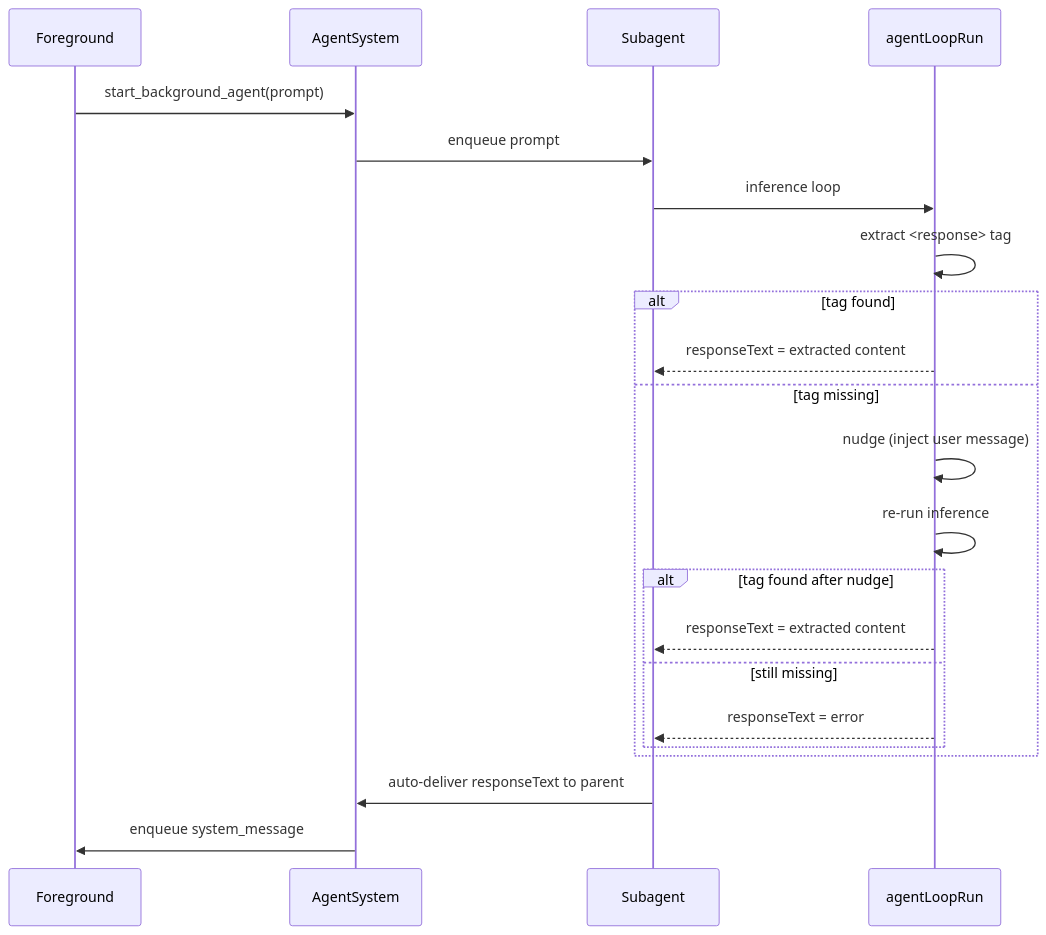
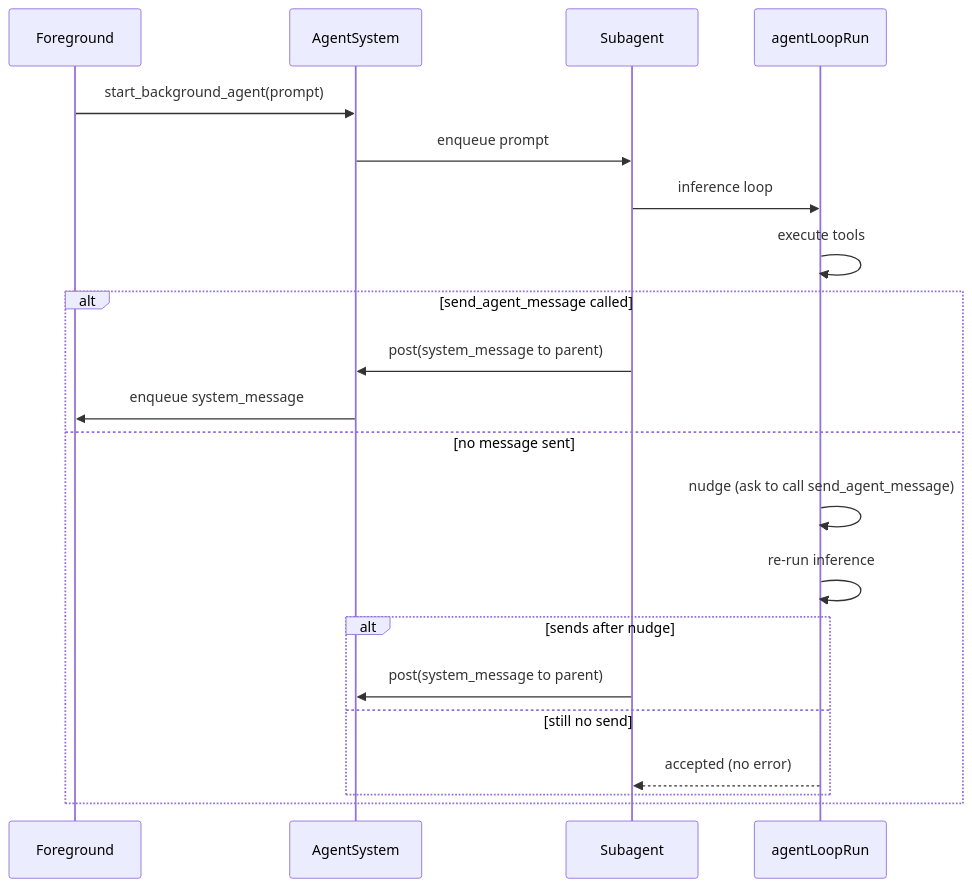
Before and after one commit to ex3ndr/daycare: diagram 16 of 16 in doc/internals/agents.md, drawn with Mermaid. The commit also changed other lines of this file and 9 other files, not shown here.

First line of the commit message:
refactor(runtime): replace response tag with send_agent_message tracking

````diff
--- a/doc/internals/agents.md
+++ b/doc/internals/agents.md
@@ -211,24 +211,23 @@
 ```mermaid
 sequenceDiagram
   participant Foreground
   participant AgentSystem
   participant Subagent
   participant Harness as agentLoopRun
   Foreground->>AgentSystem: start_background_agent(prompt)
   AgentSystem->>Subagent: enqueue prompt
   Subagent->>Harness: inference loop
-  Harness->>Harness: extract <response> tag
-  alt tag found
-    Harness-->>Subagent: responseText = extracted content
-  else tag missing
-    Harness->>Harness: nudge (inject user message)
+  Harness->>Harness: execute tools
+  alt send_agent_message called
+    Subagent->>AgentSystem: post(system_message to parent)
+    AgentSystem->>Foreground: enqueue system_message
+  else no message sent
+    Harness->>Harness: nudge (ask to call send_agent_message)
     Harness->>Harness: re-run inference
-    alt tag found after nudge
-      Harness-->>Subagent: responseText = extracted content
-    else still missing
-      Harness-->>Subagent: responseText = error
+    alt sends after nudge
+      Subagent->>AgentSystem: post(system_message to parent)
+    else still no send
+      Harness-->>Subagent: accepted (no error)
     end
   end
-  Subagent->>AgentSystem: auto-deliver responseText to parent
-  AgentSystem->>Foreground: enqueue system_message
 ```
````
